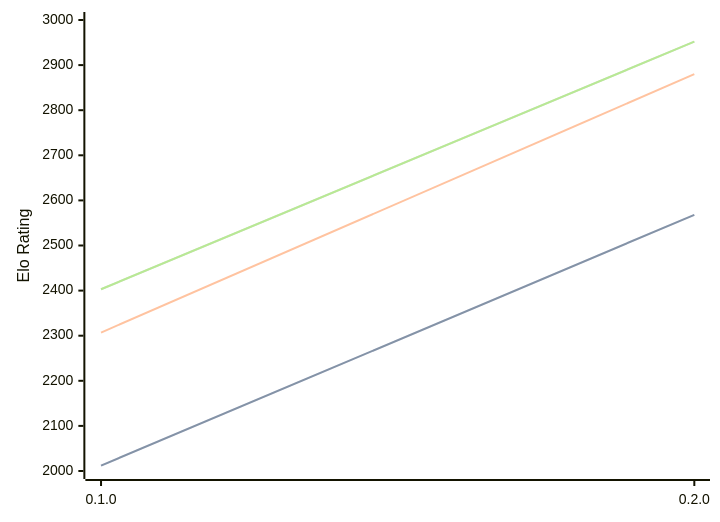
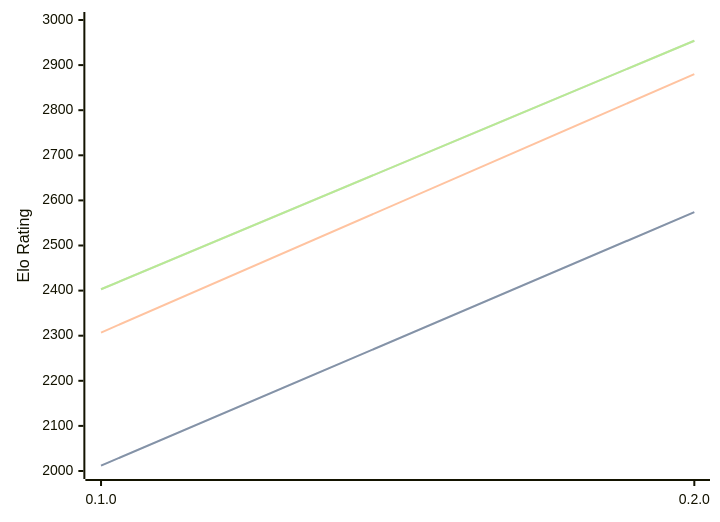
Before and after one commit to computer-chess-index/cci: the third of 3 diagrams in engines/Justbot.md, drawn with Mermaid. The commit also changed other lines of this file, not shown here.

Commit message:
Update CCI Ratings (ELO VLTC) - 2026-07-13

````diff
--- a/engines/Justbot.md
+++ b/engines/Justbot.md
@@ -65,11 +65,11 @@
 ```mermaid
 %%{init: {"theme":"base","themeVariables":{"seriesColors:['#a3a3a3','#222221','#faa371']}}}%%
 xychart-beta
   x-axis ["0.1.0", "0.2.0"]
   y-axis "Elo Rating" 2000 --> 3000
-  line "STC (8.0+0.08s)" [2012, 2568]
-  line "STC (8.0+0.08s)" [2012, 2568]
+  line "STC (8.0+0.08s)" [2012, 2574]
+  line "STC (8.0+0.08s)" [2012, 2574]
   line "LTC (60.0+0.60s)" [2307, 2880]
-  line "VLTC (2m24s+1.12s)" [2403, 2952]
-  line "VLTC (2m24s+1.12s)" [2403, 2952]
+  line "VLTC (2m24s+1.12s)" [2403, 2954]
+  line "VLTC (2m24s+1.12s)" [2403, 2954]
 ```
````
